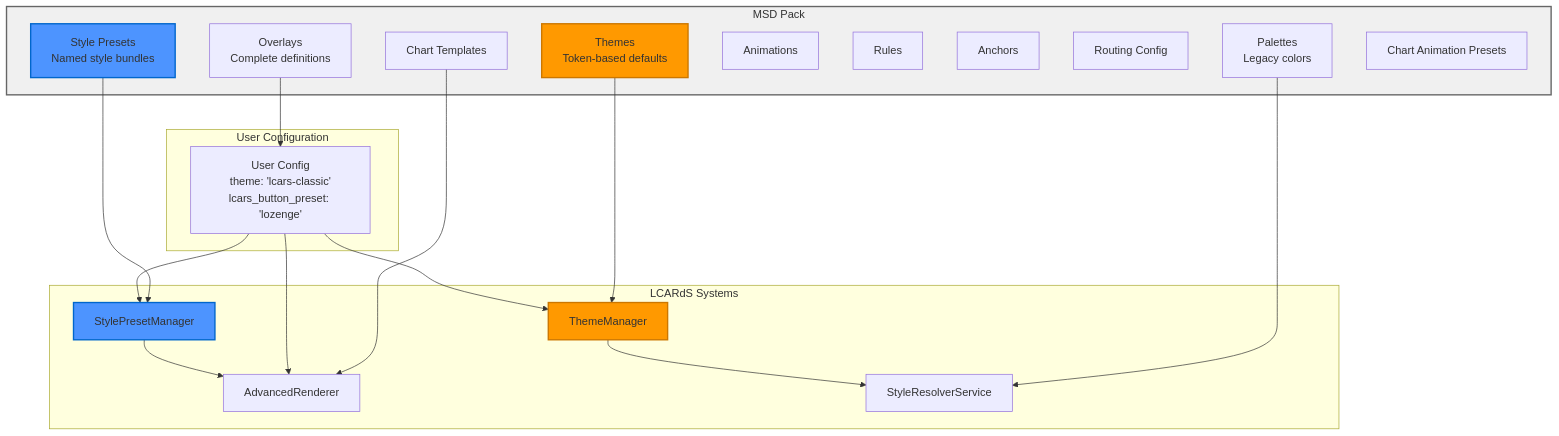
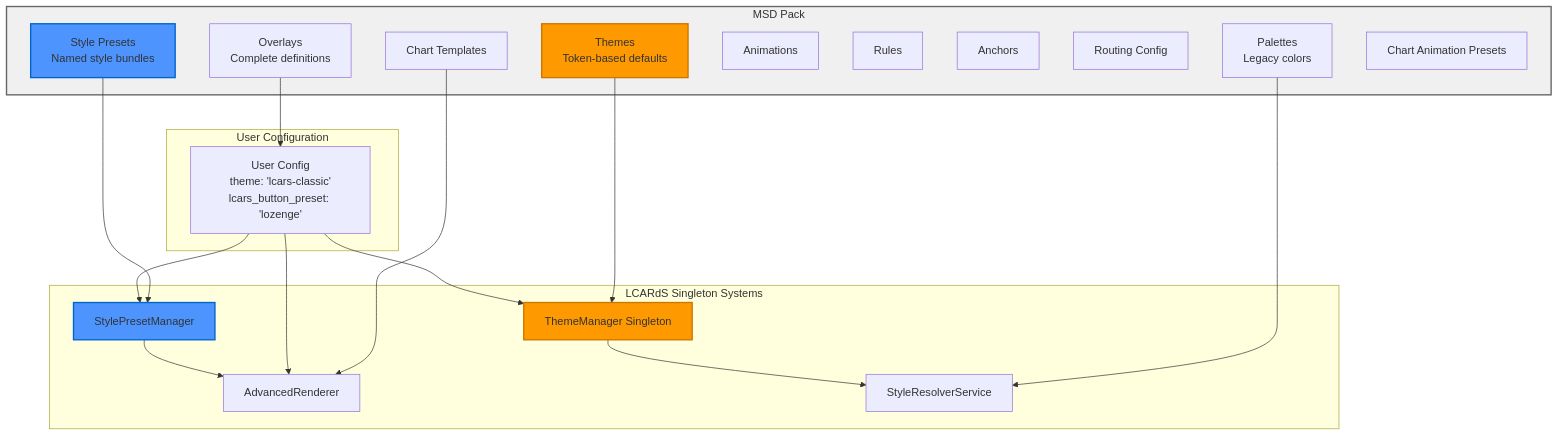
Before and after one commit to solhuebner/lcards: the first of 2 diagrams in doc/architecture/subsystems/pack-system.md, drawn with Mermaid. The commit also changed other lines of this file and 15 other files, not shown here.

First line of the commit message:
feat: Refactor architecture to support singleton systems across LCARdS components

````diff
--- a/doc/architecture/subsystems/pack-system.md
+++ b/doc/architecture/subsystems/pack-system.md
@@ -31,45 +31,45 @@
 ```mermaid
 graph TB
     subgraph Pack["MSD Pack"]
         Themes[Themes<br/>Token-based defaults]
         SP[Style Presets<br/>Named style bundles]
         Overlays[Overlays<br/>Complete definitions]
         Palettes[Palettes<br/>Legacy colors]
         Anims[Animations]
         Rules[Rules]
         Anchors[Anchors]
         Routing[Routing Config]
         CT[Chart Templates]
         CAP[Chart Animation Presets]
     end
 
-    subgraph Systems["LCARdS Systems"]
-        TM[ThemeManager]
+    subgraph Systems["LCARdS Singleton Systems"]
+        TM[ThemeManager Singleton]
         SPM[StylePresetManager]
         AR[AdvancedRenderer]
         SRS[StyleResolverService]
     end
 
     subgraph UserConfig["User Configuration"]
         UC[User Config<br/>theme: 'lcars-classic'<br/>lcars_button_preset: 'lozenge']
     end
 
     Themes --> TM
     SP --> SPM
     Overlays --> UC
     Palettes --> SRS
     CT --> AR
 
     UC --> TM
     UC --> SPM
     UC --> AR
 
     TM --> SRS
     SPM --> AR
 
     style Pack fill:#f0f0f0,stroke:#666,stroke-width:2px
     style Themes fill:#ff9900,stroke:#cc7700,stroke-width:2px
     style SP fill:#4d94ff,stroke:#0066cc,stroke-width:2px
     style TM fill:#ff9900,stroke:#cc7700,stroke-width:2px
     style SPM fill:#4d94ff,stroke:#0066cc,stroke-width:2px
 ```
````
